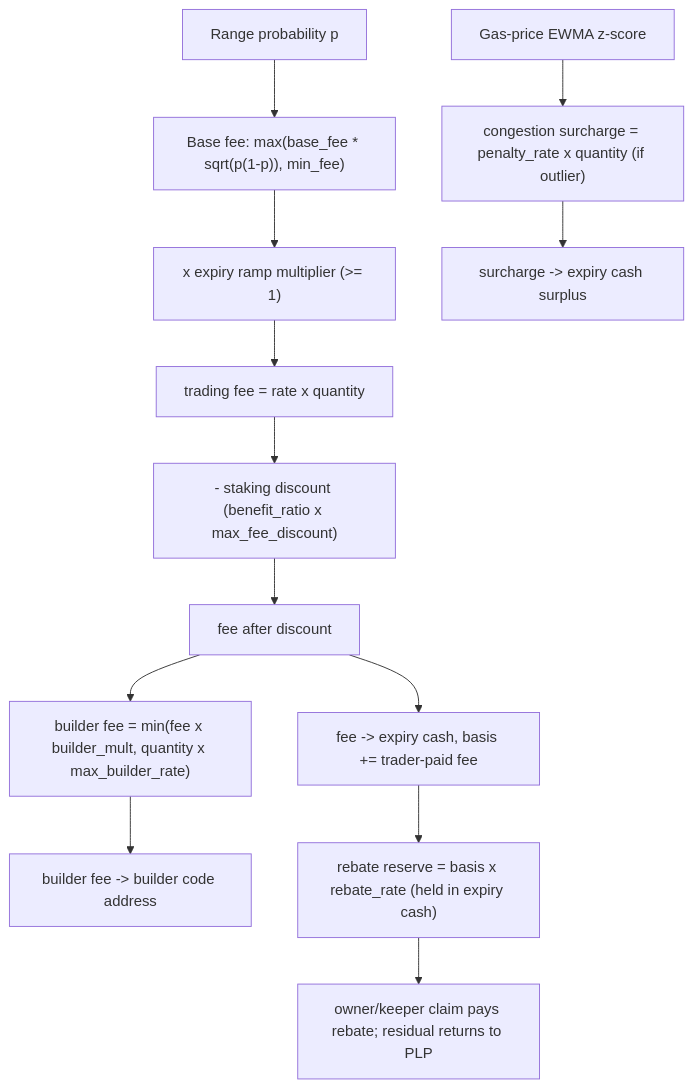
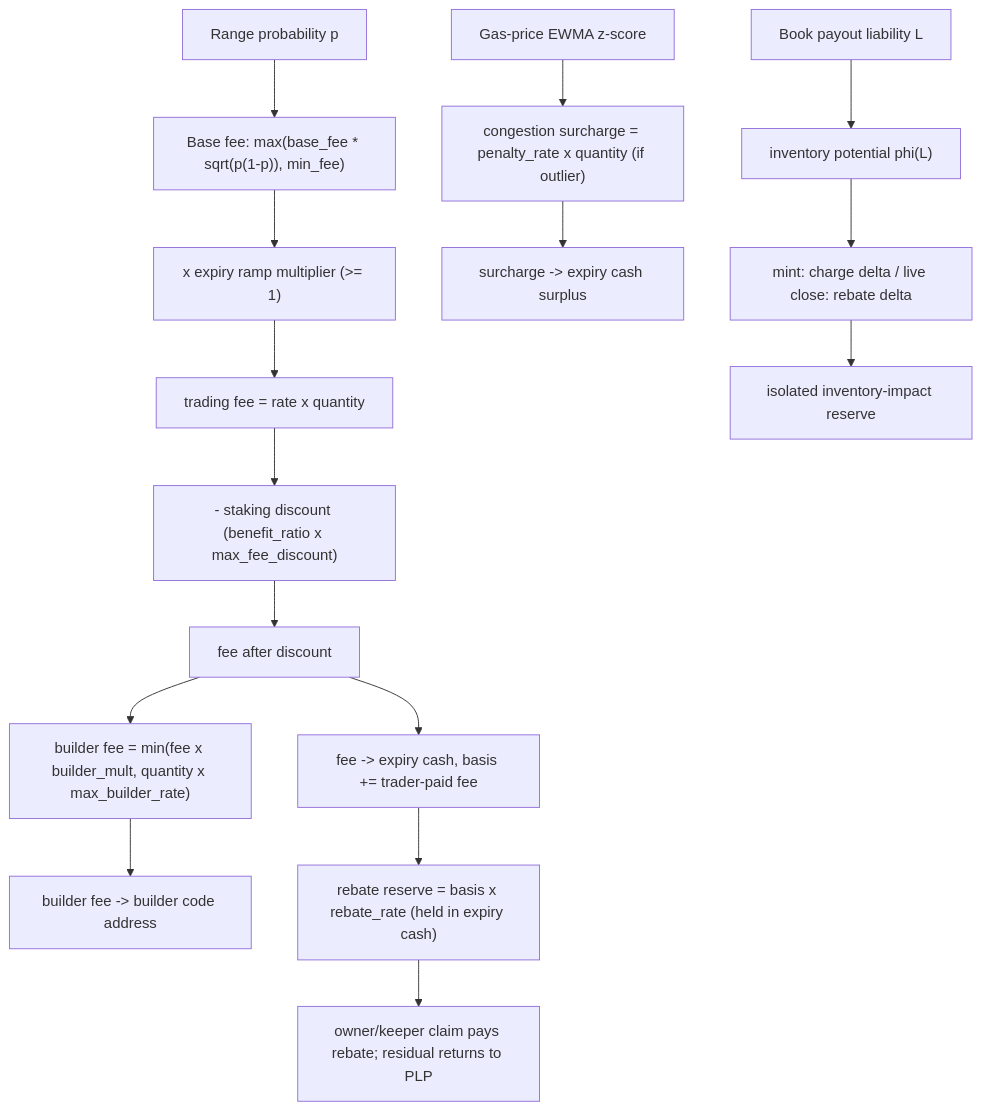
The diagram in packages/predict/docs/concepts/fees-and-rebates.md (MystenLabs/deepbookv3), drawn with Mermaid before and after one commit. The commit also changed other lines of this file and 30 other files, not shown here.

Commit message:
predict: add path-independent inventory impact (#1226)

````diff
--- a/packages/predict/docs/concepts/fees-and-rebates.md
+++ b/packages/predict/docs/concepts/fees-and-rebates.md
@@ -171,15 +215,18 @@
 ```mermaid
 flowchart TD
     P[Range probability p] --> BF["Base fee: max(base_fee * sqrt(p(1-p)), min_fee)"]
     BF --> RAMP["x expiry ramp multiplier (>= 1)"]
     RAMP --> FEE[trading fee = rate x quantity]
     FEE --> DISC["- staking discount (benefit_ratio x max_fee_discount)"]
     DISC --> NETFEE[fee after discount]
     NETFEE --> BUILD["builder fee = min(fee x builder_mult, quantity x max_builder_rate)"]
     GAS[Gas-price EWMA z-score] --> CONG["congestion surcharge = penalty_rate x quantity (if outlier)"]
     NETFEE --> COLLECT[fee -> expiry cash, basis += trader-paid fee]
     BUILD --> BUILDER[builder fee -> builder code address]
     CONG --> SURPLUS[surcharge -> expiry cash surplus]
+    L[Book payout liability L] --> PHI["inventory potential phi(L)"]
+    PHI --> IMPACT["mint: charge delta / live close: rebate delta"]
+    IMPACT --> IRESERVE[isolated inventory-impact reserve]
     COLLECT --> RESERVE["rebate reserve = basis x rebate_rate (held in expiry cash)"]
     RESERVE --> CLAIM[owner/keeper claim pays rebate; residual returns to PLP]
 ```
````
